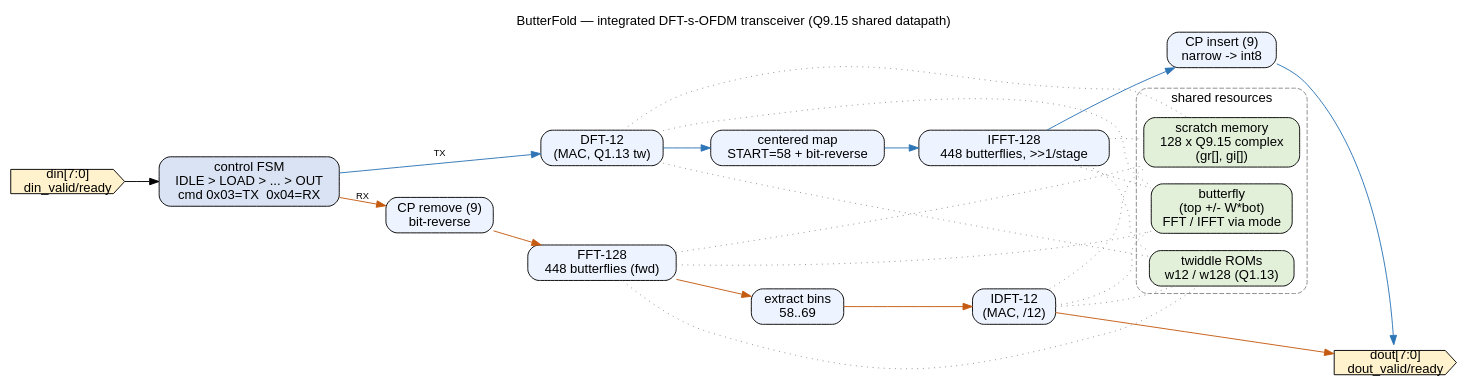
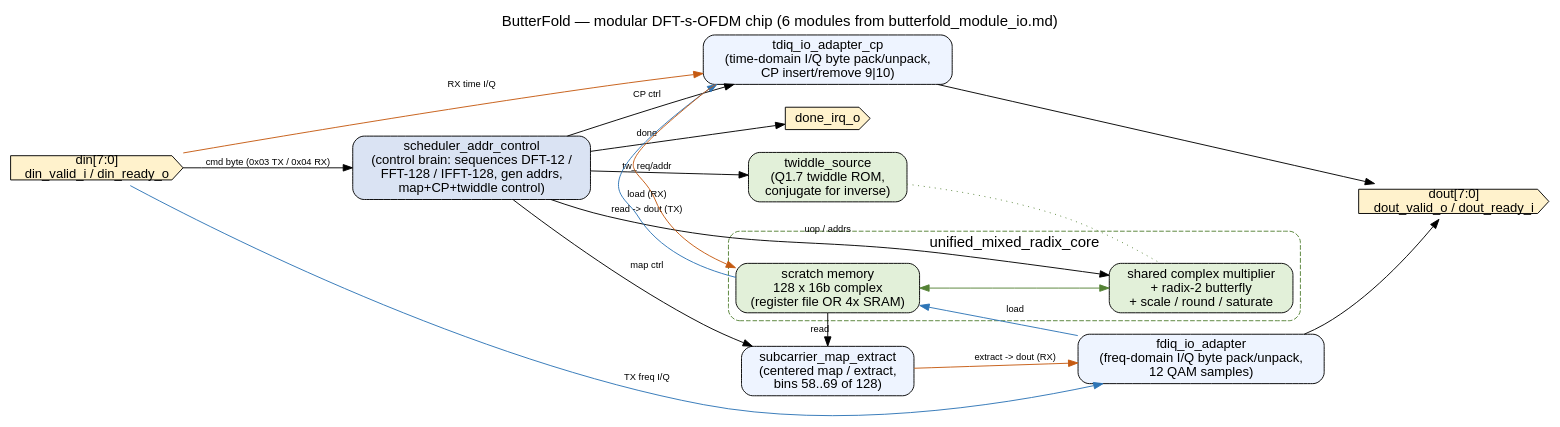
One commit to aravindustries/butterfold changed the diagram in schematics/architecture.dot. Above: the diagram before and after it, drawn with Graphviz. The commit also changed 54 other files, not shown here.

First line of the commit message:
Clean repo to PPA-focused set; rewrite REPORT + schematics + README

```diff
--- a/schematics/architecture.dot
+++ b/schematics/architecture.dot
@@ -1,42 +1,53 @@
 digraph butterfold {
   rankdir=LR;
-  graph [fontname="Helvetica", labelloc=t,
-         label="ButterFold — integrated DFT-s-OFDM transceiver (Q9.15 shared datapath)"];
+  graph [fontname="Helvetica", labelloc=t, fontsize=16,
+         label="ButterFold — modular DFT-s-OFDM chip (6 modules from butterfold_module_io.md)"];
   node  [fontname="Helvetica", shape=box, style="rounded,filled", fillcolor="#eef4ff"];
   edge  [fontname="Helvetica", fontsize=10];
 
-  din  [label="din[7:0]\ndin_valid/ready", shape=cds, fillcolor="#fff2cc"];
-  dout [label="dout[7:0]\ndout_valid/ready", shape=cds, fillcolor="#fff2cc"];
+  din  [label="din[7:0]\ndin_valid_i / din_ready_o", shape=cds, fillcolor="#fff2cc"];
+  dout [label="dout[7:0]\ndout_valid_o / dout_ready_i", shape=cds, fillcolor="#fff2cc"];
+  irq  [label="done_irq_o", shape=cds, fillcolor="#fff2cc"];
 
-  subgraph cluster_shared {
-    label="shared resources"; style="rounded,dashed"; color="#888888";
-    mem  [label="scratch memory\n128 x Q9.15 complex\n(gr[], gi[])", fillcolor="#e2f0d9"];
-    tw   [label="twiddle ROMs\nw12 / w128 (Q1.13)", fillcolor="#e2f0d9"];
-    bfly [label="butterfly\n(top +/- W*bot)\nFFT / IFFT via mode", fillcolor="#e2f0d9"];
+  // control
+  sch  [label="scheduler_addr_control\n(control brain: sequences DFT-12 /\nFFT-128 / IFFT-128, gen addrs,\nmap+CP+twiddle control)", fillcolor="#dae3f3"];
+
+  // datapath core + shared resources
+  subgraph cluster_core {
+    label="unified_mixed_radix_core"; style="rounded,dashed"; color="#548235"; fontname="Helvetica";
+    mem  [label="scratch memory\n128 x 16b complex\n(register file OR 4x SRAM)", fillcolor="#e2f0d9"];
+    alu  [label="shared complex multiplier\n+ radix-2 butterfly\n+ scale / round / saturate", fillcolor="#e2f0d9"];
   }
+  tw   [label="twiddle_source\n(Q1.7 twiddle ROM,\nconjugate for inverse)", fillcolor="#e2f0d9"];
 
-  fsm  [label="control FSM\nIDLE > LOAD > ... > OUT\ncmd 0x03=TX  0x04=RX", fillcolor="#dae3f3"];
+  // frequency-domain side
+  fdiq [label="fdiq_io_adapter\n(freq-domain I/Q byte pack/unpack,\n12 QAM samples)"];
+  map  [label="subcarrier_map_extract\n(centered map / extract,\nbins 58..69 of 128)"];
 
-  // TX path
-  dft  [label="DFT-12\n(MAC, Q1.13 tw)"];
-  map  [label="centered map\nSTART=58 + bit-reverse"];
-  ifft [label="IFFT-128\n448 butterflies, >>1/stage"];
-  cp   [label="CP insert (9)\nnarrow -> int8"];
+  // time-domain side
+  tdiq [label="tdiq_io_adapter_cp\n(time-domain I/Q byte pack/unpack,\nCP insert/remove 9|10)"];
 
-  // RX path
-  cpr  [label="CP remove (9)\nbit-reverse"];
-  fft  [label="FFT-128\n448 butterflies (fwd)"];
-  ext  [label="extract bins\n58..69"];
-  idft [label="IDFT-12\n(MAC, /12)"];
+  // command + streaming
+  din  -> sch  [label="cmd byte (0x03 TX / 0x04 RX)"];
+  din  -> fdiq [label="TX freq I/Q", color="#2e75b6"];
+  din  -> tdiq [label="RX time I/Q", color="#c55a11"];
 
-  din -> fsm;
-  fsm -> dft   [label="TX", color="#2e75b6"];
-  dft -> map -> ifft -> cp -> dout [color="#2e75b6"];
+  // control fan-out
+  sch  -> alu  [label="uop / addrs"];
+  sch  -> tw   [label="tw_req/addr"];
+  sch  -> map  [label="map ctrl"];
+  sch  -> tdiq [label="CP ctrl"];
 
-  fsm -> cpr   [label="RX", color="#c55a11"];
-  cpr -> fft -> ext -> idft -> dout [color="#c55a11"];
+  // datapath connectivity
+  fdiq -> mem  [label="load", color="#2e75b6"];
+  tdiq -> mem  [label="load (RX)", color="#c55a11"];
+  tw   -> alu  [style=dotted, dir=none, color="#548235"];
+  mem  -> alu  [dir=both, color="#548235"];
+  mem  -> map  [label="read"];
+  map  -> fdiq [label="extract -> dout (RX)", color="#c55a11"];
+  mem  -> tdiq [label="read -> dout (TX)", color="#2e75b6"];
 
-  { dft ifft fft idft } -> bfly [style=dotted, dir=none, color="#888888"];
-  { dft ifft fft idft } -> mem  [style=dotted, dir=none, color="#888888"];
-  { dft ifft fft idft } -> tw   [style=dotted, dir=none, color="#888888"];
+  fdiq -> dout;
+  tdiq -> dout;
+  sch  -> irq  [label="done"];
 }
```
